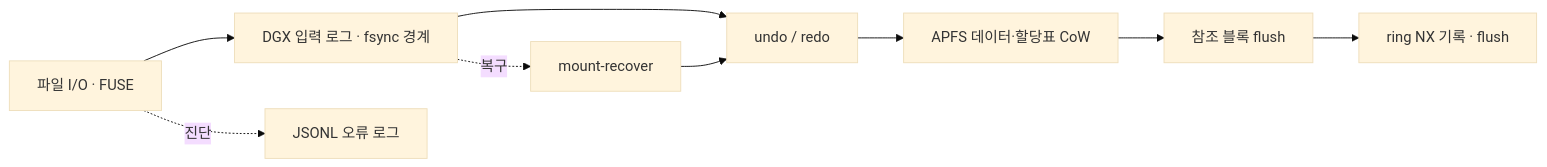
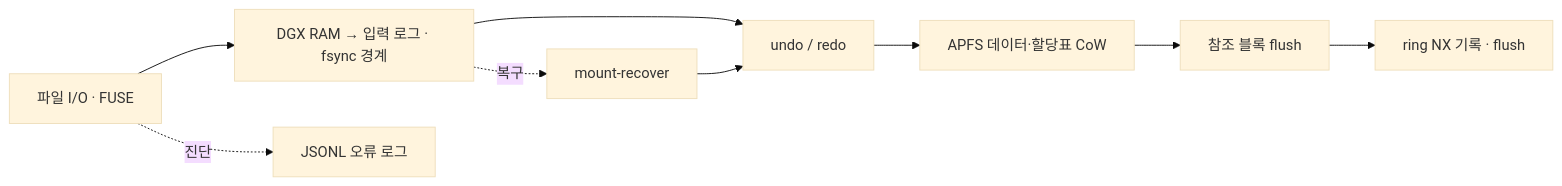
The diagram in README.md (JUNJOONHWAN/LAPFS), drawn with Mermaid (base theme) before and after one commit. The commit also changed other lines of this file and 106 other files, not shown here.

````diff
--- a/README.md
+++ b/README.md
@@ -52,11 +52,11 @@
 ```mermaid
 flowchart LR
-    IO["파일 I/O · FUSE"] --> Queue["DGX 입력 로그 · fsync 경계"]
+    IO["파일 I/O · FUSE"] --> Queue["DGX RAM → 입력 로그 · fsync 경계"]
     Queue --> Journal["undo / redo"]
     Journal --> COW["APFS 데이터·할당표 CoW"]
     COW --> Flush["참조 블록 flush"]
     Flush --> NX["ring NX 기록 · flush"]
     Queue -. "복구" .-> Recover["mount-recover"]
     Recover --> Journal
     IO -. "진단" .-> Log["JSONL 오류 로그"]
 ```
````
